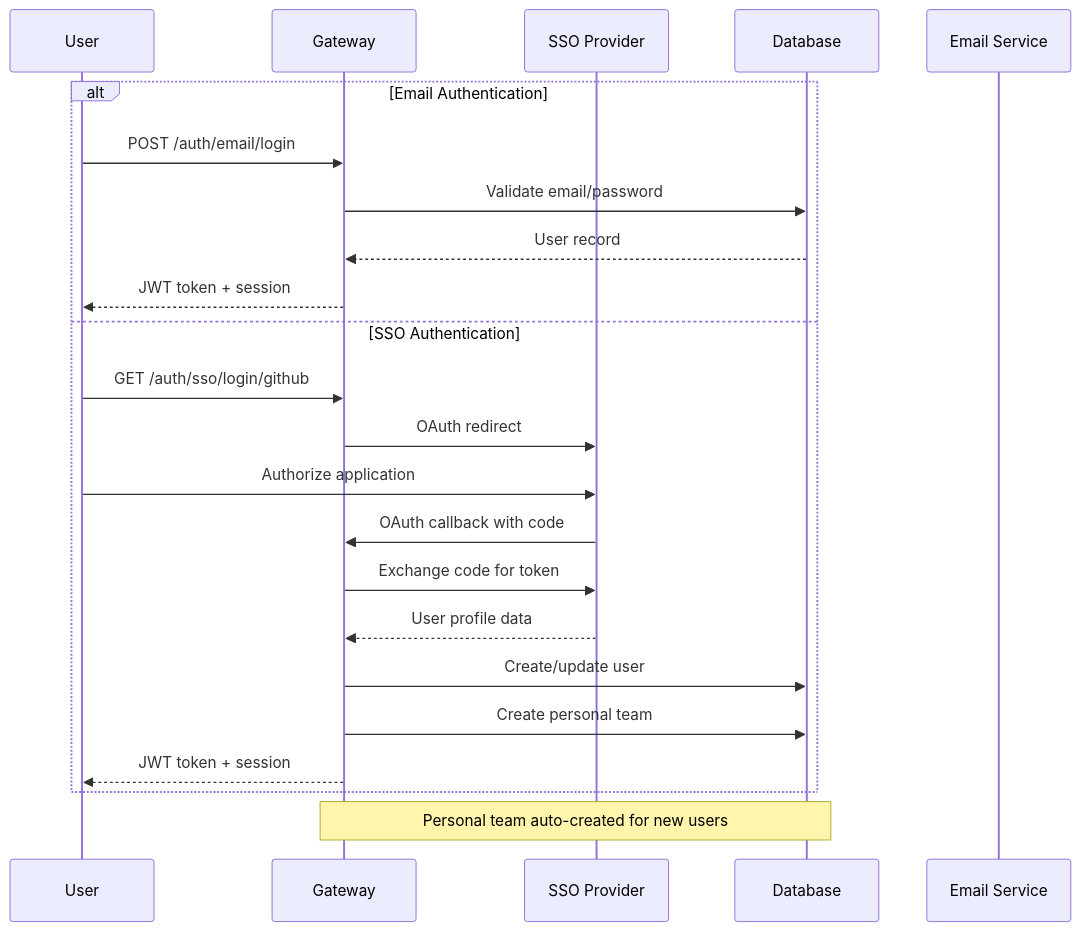
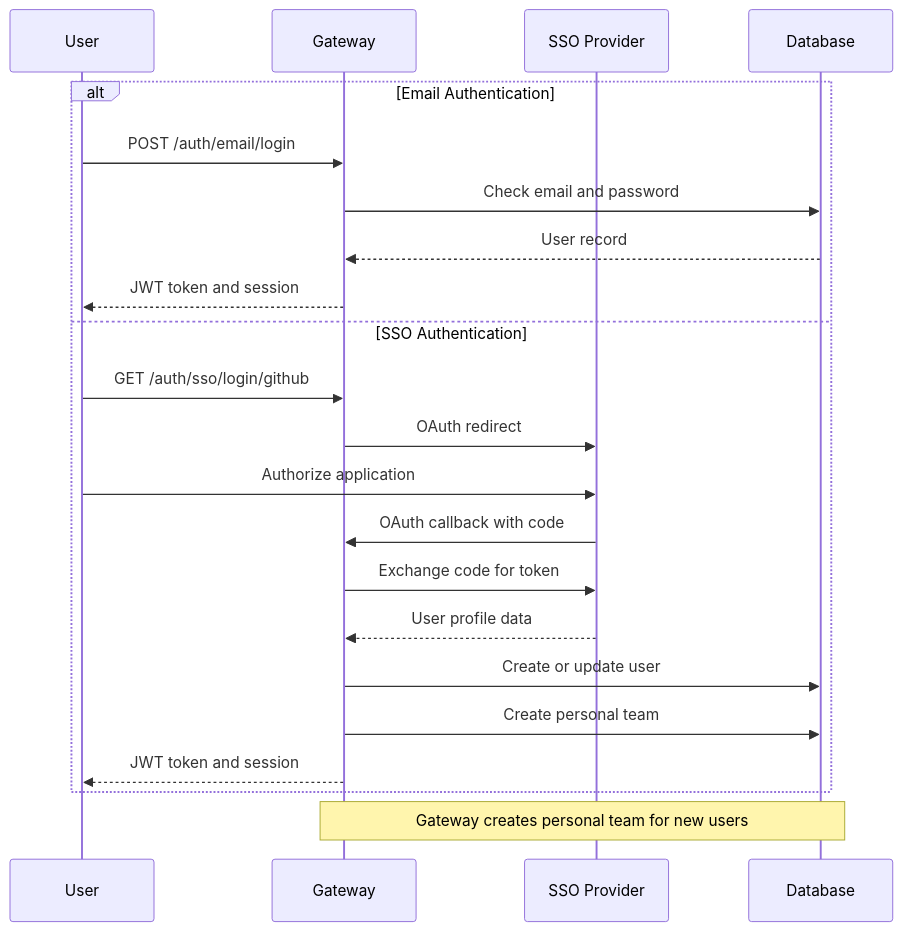
The first of 5 diagrams in docs/docs/architecture/multitenancy.md (IBM/mcp-context-forge), drawn with Mermaid before and after one commit. The commit also changed other lines of this file and 4 other files, not shown here.

````diff
--- a/docs/docs/architecture/multitenancy.md
+++ b/docs/docs/architecture/multitenancy.md
@@ -30,27 +30,26 @@
 ```mermaid
 sequenceDiagram
     participant U as User
     participant G as Gateway
     participant SSO as SSO Provider
     participant DB as Database
-    participant E as Email Service
 
     alt Email Authentication
         U->>G: POST /auth/email/login
-        G->>DB: Validate email/password
+        G->>DB: Check email and password
         DB-->>G: User record
-        G-->>U: JWT token + session
+        G-->>U: JWT token and session
     else SSO Authentication
         U->>G: GET /auth/sso/login/github
         G->>SSO: OAuth redirect
         U->>SSO: Authorize application
         SSO->>G: OAuth callback with code
         G->>SSO: Exchange code for token
         SSO-->>G: User profile data
-        G->>DB: Create/update user
+        G->>DB: Create or update user
         G->>DB: Create personal team
-        G-->>U: JWT token + session
+        G-->>U: JWT token and session
     end
 
-    Note over G,DB: Personal team auto-created for new users
+    Note over G,DB: Gateway creates personal team for new users
 ```
````
